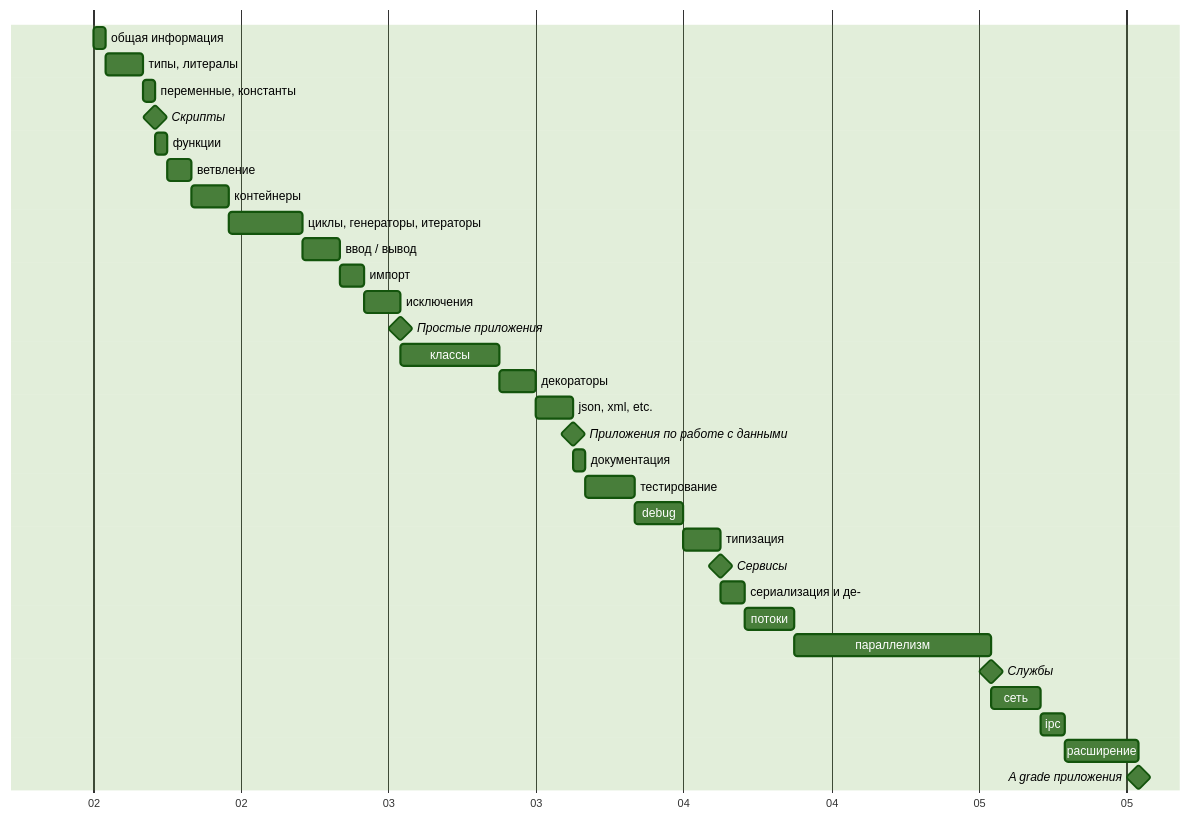
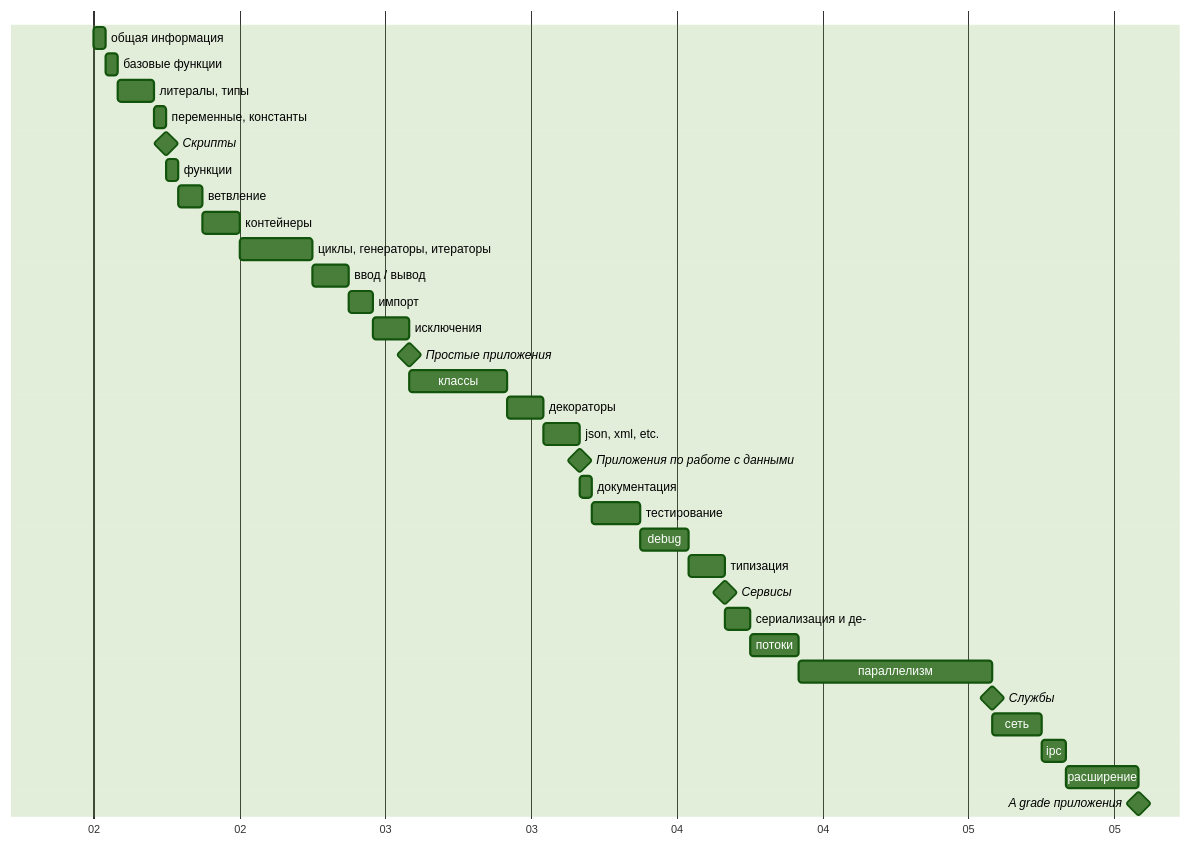
One commit to maxja/pythonic changed the diagram in README.ru.md. Above: the diagram before and after it, drawn with Mermaid. The commit also changed other lines of this file, not shown here.

Commit message:
docs(readme): update basic functions info on russian readme

````diff
--- a/README.ru.md
+++ b/README.ru.md
@@ -27,37 +27,38 @@
 ```mermaid
 %%{init: {'theme':'forest'}}%%
 gantt
   dateFormat off
   axisFormat %d
   todayMarker off
 
   общая информация      :general,    2023-12-02, 1h
-  типы, литералы        :types,      after general, 3h
+  базовые функции       :basic,      after general, 1h
+  литералы, типы        :types,      after basic, 3h
   переменные, константы :var_const,  after types, 1h
   Скрипты :milestone, m1
   функции               :def,        after var_const, 1h
   ветвление             :branching,  after def, 2h
   контейнеры            :containers, after branching, 3h
   циклы, генераторы, итераторы :loops, after containers, 6h
   ввод / вывод          :io,         after loops, 3h
   импорт                :import,     after io, 2h
   исключения            :exceptions, after import, 3h
   Простые приложения :milestone, m2
   классы                :class,      after exceptions, 8h
   декораторы            :decorators, after class, 3h
   json, xml, etc.       :file_formats, after decorators, 3h
   Приложения по работе с данными :milestone, m3
   документация          :docs,       after file_formats, 1h
   тестирование          :testing,    after docs, 4h
   debug                 :debug,      after testing, 4h
   типизация             :type_system, after debug, 3h
   Сервисы :milestone, m4
   сериализация и де-    :serialization, after type_system, 2h
   потоки                :streams, after serialization, 4h
   параллелизм           :concurrency, after streams, 16h
   Службы :milestone, m5
   сеть                  :net, after concurrency, 4h
   ipc                   :ipc, after net, 2h
   расширение            :extensions, after ipc, 6h
   A grade приложения :milestone, m6
 ```
````
